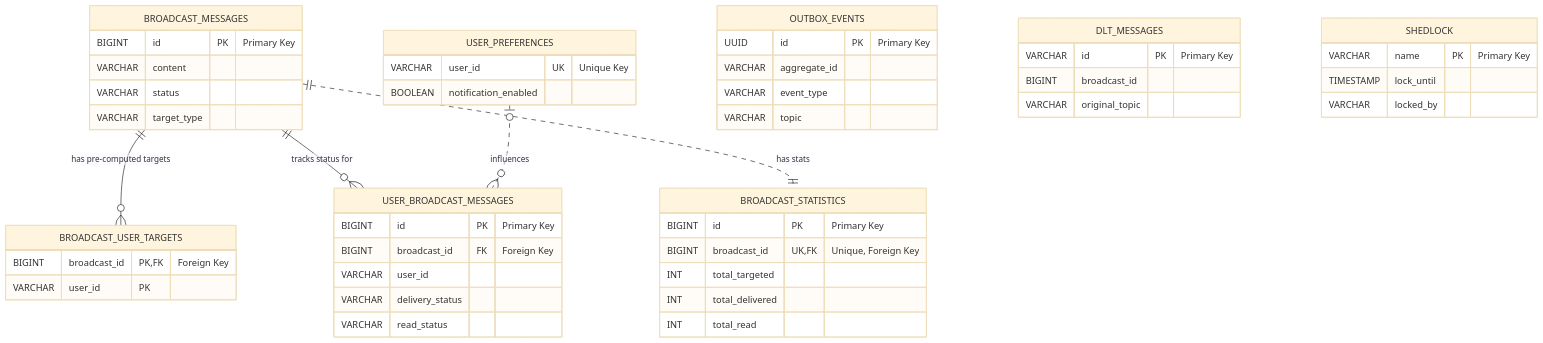
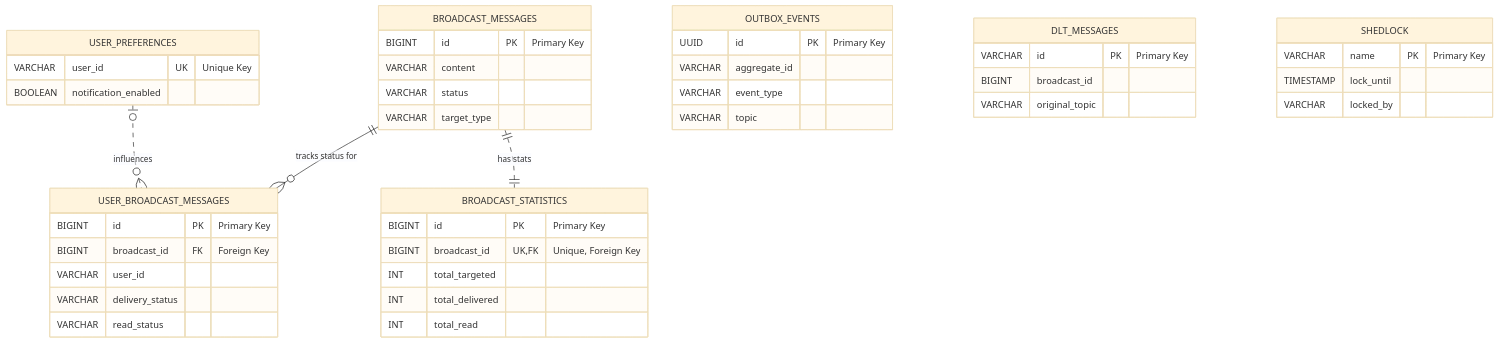
One commit to rsrini7/Notification-SSE-GLM-Flux changed the diagram in MermaidDiagrams/er-db-tables.mmd. Above: the diagram before and after it, drawn with Mermaid (base theme). The commit also changed 10 other files, not shown here.

First line of the commit message:
refactor(diagrams): update mermaid diagrams to reflect architectural changes

```diff
--- a/MermaidDiagrams/er-db-tables.mmd
+++ b/MermaidDiagrams/er-db-tables.mmd
@@ -1,57 +1,51 @@
 erDiagram
     BROADCAST_MESSAGES {
         BIGINT id PK "Primary Key"
         VARCHAR content
         VARCHAR status
         VARCHAR target_type
     }
 
     USER_PREFERENCES {
         VARCHAR user_id UK "Unique Key"
         BOOLEAN notification_enabled
-    }
-
-    BROADCAST_USER_TARGETS {
-        BIGINT broadcast_id PK, FK "Foreign Key"
-        VARCHAR user_id PK
     }
 
     USER_BROADCAST_MESSAGES {
         BIGINT id PK "Primary Key"
         BIGINT broadcast_id FK "Foreign Key"
         VARCHAR user_id
         VARCHAR delivery_status
         VARCHAR read_status
     }
 
     BROADCAST_STATISTICS {
         BIGINT id PK "Primary Key"
         BIGINT broadcast_id UK, FK "Unique, Foreign Key"
         INT total_targeted
         INT total_delivered
         INT total_read
     }
 
     OUTBOX_EVENTS {
         UUID id PK "Primary Key"
         VARCHAR aggregate_id
         VARCHAR event_type
         VARCHAR topic
     }
 
     DLT_MESSAGES {
         VARCHAR id PK "Primary Key"
         BIGINT broadcast_id
         VARCHAR original_topic
     }
 
     SHEDLOCK {
         VARCHAR name PK "Primary Key"
         TIMESTAMP lock_until
         VARCHAR locked_by
     }
 
-    BROADCAST_MESSAGES ||--o{ BROADCAST_USER_TARGETS : "has pre-computed targets"
     BROADCAST_MESSAGES ||--o{ USER_BROADCAST_MESSAGES : "tracks status for"
     BROADCAST_MESSAGES ||..|| BROADCAST_STATISTICS : "has stats"
     USER_PREFERENCES |o..o{ USER_BROADCAST_MESSAGES : "influences"
```
